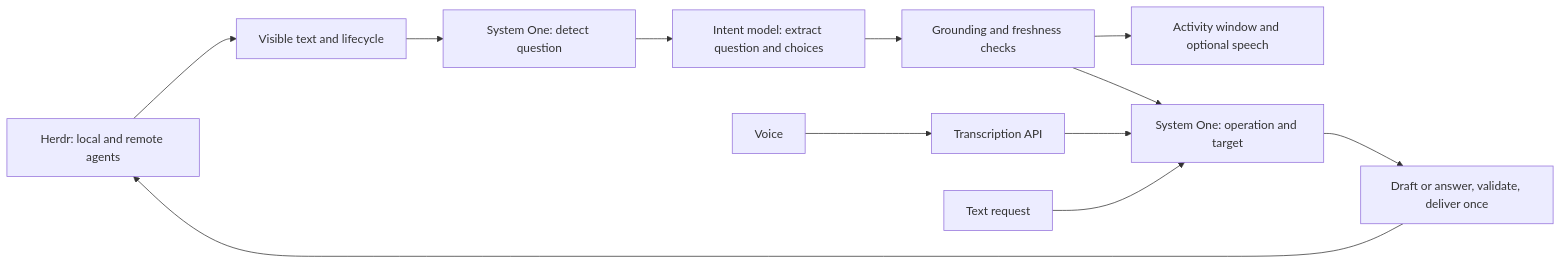
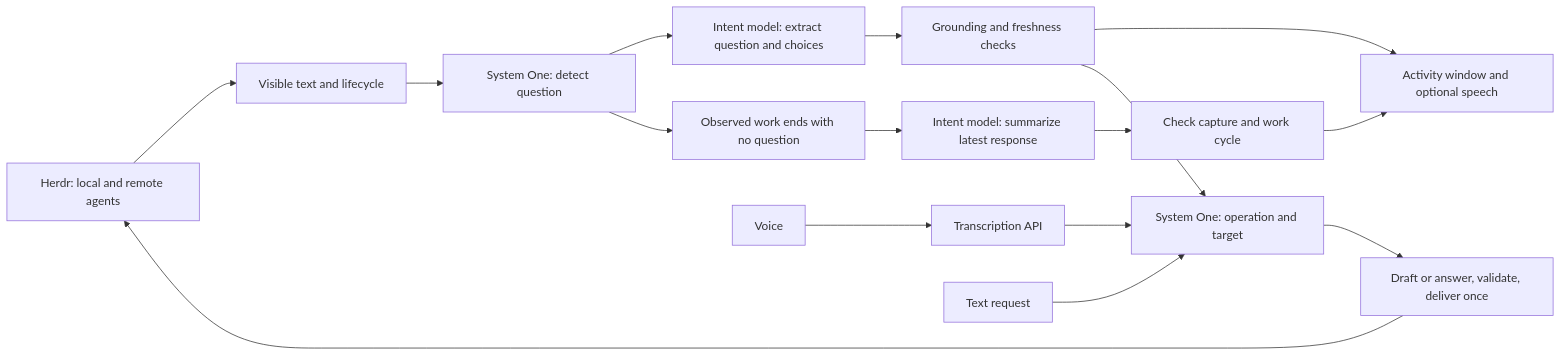
Before and after one commit to KacperLa/orchrd: the diagram in README.md, drawn with Mermaid. The commit also changed other lines of this file and 6 other files, not shown here.

Commit message:
Restore automatic completion summaries from observed Herdr work cycles

````diff
--- a/README.md
+++ b/README.md
@@ -295,14 +296,18 @@
 ```mermaid
 flowchart LR
     Herdr[Herdr: local and remote agents] --> Capture[Visible text and lifecycle]
     Capture --> Detect[System One: detect question]
     Detect --> Extract[Intent model: extract question and choices]
     Extract --> Check[Grounding and freshness checks]
     Check --> Present[Activity window and optional speech]
+    Detect --> Finished[Observed work ends with no question]
+    Finished --> Summary[Intent model: summarize latest response]
+    Summary --> Fresh[Check capture and work cycle]
+    Fresh --> Present
     Voice[Voice] --> STT[Transcription API]
     STT --> Route[System One: operation and target]
     Text[Text request] --> Route
     Check --> Route
     Route --> Input[Draft or answer, validate, deliver once]
     Input --> Herdr
 ```
````
